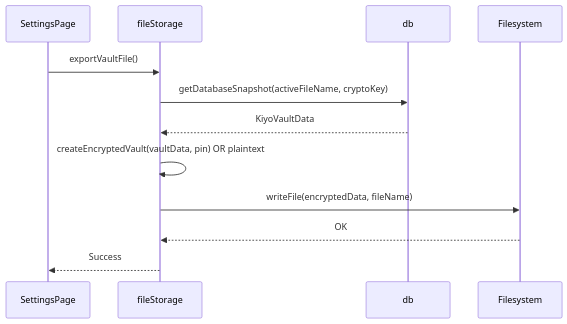
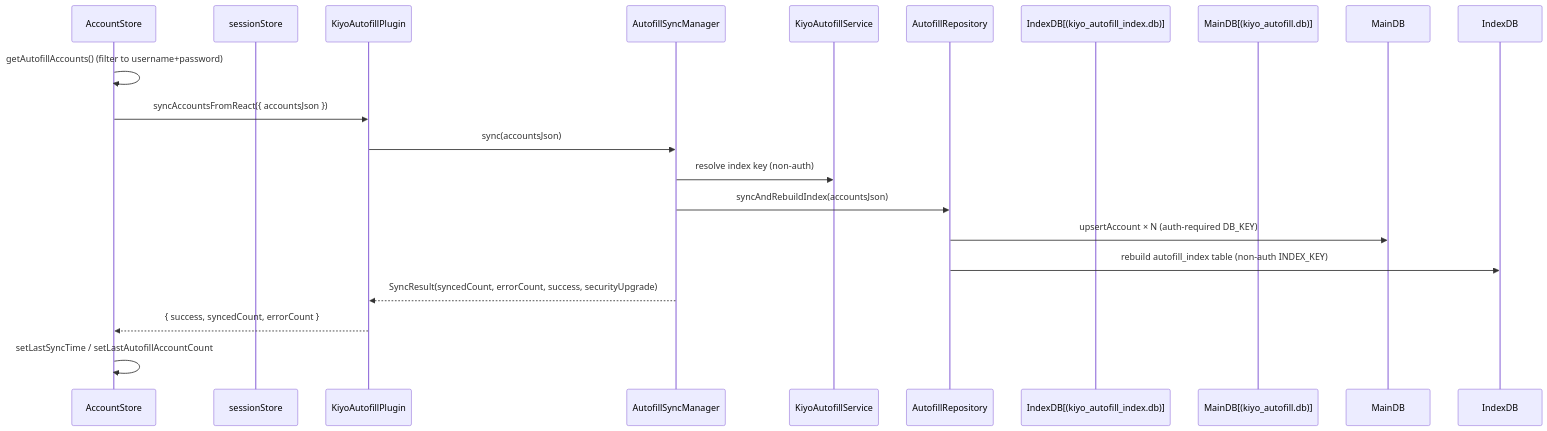
Before and after one commit to chansoo1280/KIYO: the fourth of 6 diagrams in openwiki/architecture/data-flow.md, drawn with Mermaid. The commit also changed other lines of this file and 94 other files, not shown here.

````diff
--- a/openwiki/architecture/data-flow.md
+++ b/openwiki/architecture/data-flow.md
@@ -211,15 +108,22 @@
 ```mermaid
 sequenceDiagram
-    participant SettingsPage
-    participant fileStorage
-    participant db
-    participant Filesystem
-    
-    SettingsPage->>fileStorage: exportVaultFile()
-    fileStorage->>db: getDatabaseSnapshot(activeFileName, cryptoKey)
-    db-->>fileStorage: KiyoVaultData
-    fileStorage->>fileStorage: createEncryptedVault(vaultData, pin) OR plaintext
-    fileStorage->>Filesystem: writeFile(encryptedData, fileName)
-    Filesystem-->>fileStorage: OK
-    fileStorage-->>SettingsPage: Success
+    participant AccountStore
+    participant sessionStore
+    participant KiyoAutofillPlugin
+    participant AutofillSyncManager
+    participant KiyoAutofillService
+    participant AutofillRepository
+    participant IndexDB[(kiyo_autofill_index.db)]
+    participant MainDB[(kiyo_autofill.db)]
+
+    AccountStore->>AccountStore: getAutofillAccounts() (filter to username+password)
+    AccountStore->>KiyoAutofillPlugin: syncAccountsFromReact({ accountsJson })
+    KiyoAutofillPlugin->>AutofillSyncManager: sync(accountsJson)
+    AutofillSyncManager->>KiyoAutofillService: resolve index key (non-auth)
+    AutofillSyncManager->>AutofillRepository: syncAndRebuildIndex(accountsJson)
+    AutofillRepository->>MainDB: upsertAccount × N (auth-required DB_KEY)
+    AutofillRepository->>IndexDB: rebuild autofill_index table (non-auth INDEX_KEY)
+    AutofillSyncManager-->>KiyoAutofillPlugin: SyncResult(syncedCount, errorCount, success, securityUpgrade)
+    KiyoAutofillPlugin-->>AccountStore: { success, syncedCount, errorCount }
+    AccountStore->>AccountStore: setLastSyncTime / setLastAutofillAccountCount
 ```
````
